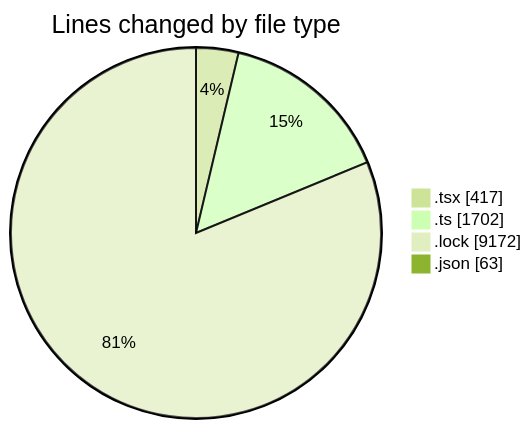
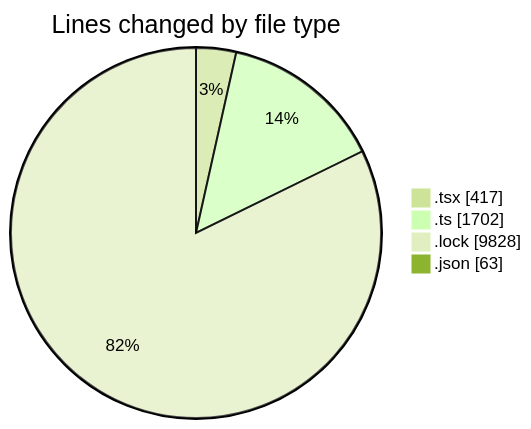
Before and after one commit to momahboobian/code-tracking: the first of 2 diagrams in 2025-12-03/cda/README.md, drawn with Mermaid (forest theme). The commit also changed other lines of this file and 1 other file, not shown here.

````diff
--- a/2025-12-03/cda/README.md
+++ b/2025-12-03/cda/README.md
@@ -23,8 +23,8 @@
 ```mermaid
 pie showData
 title Lines changed by file type
 ".tsx" : 417
 ".ts" : 1702
-".lock" : 9172
+".lock" : 9828
 ".json" : 63
 ```
````
